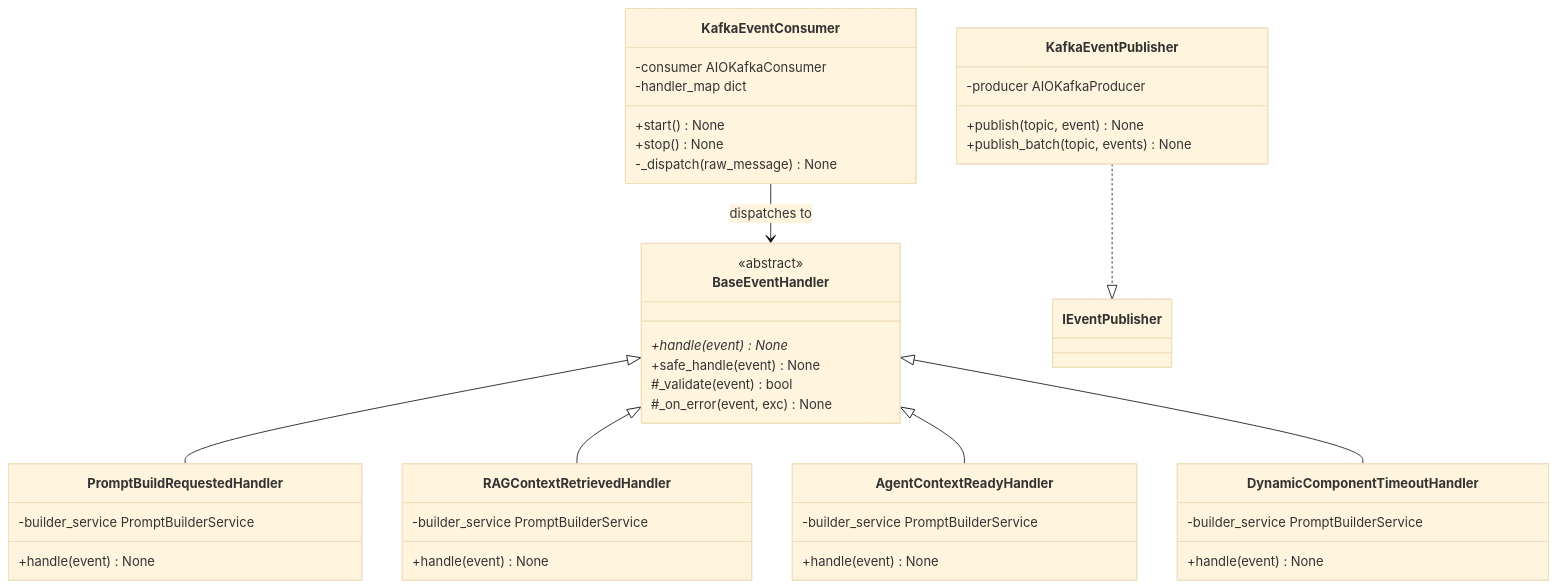
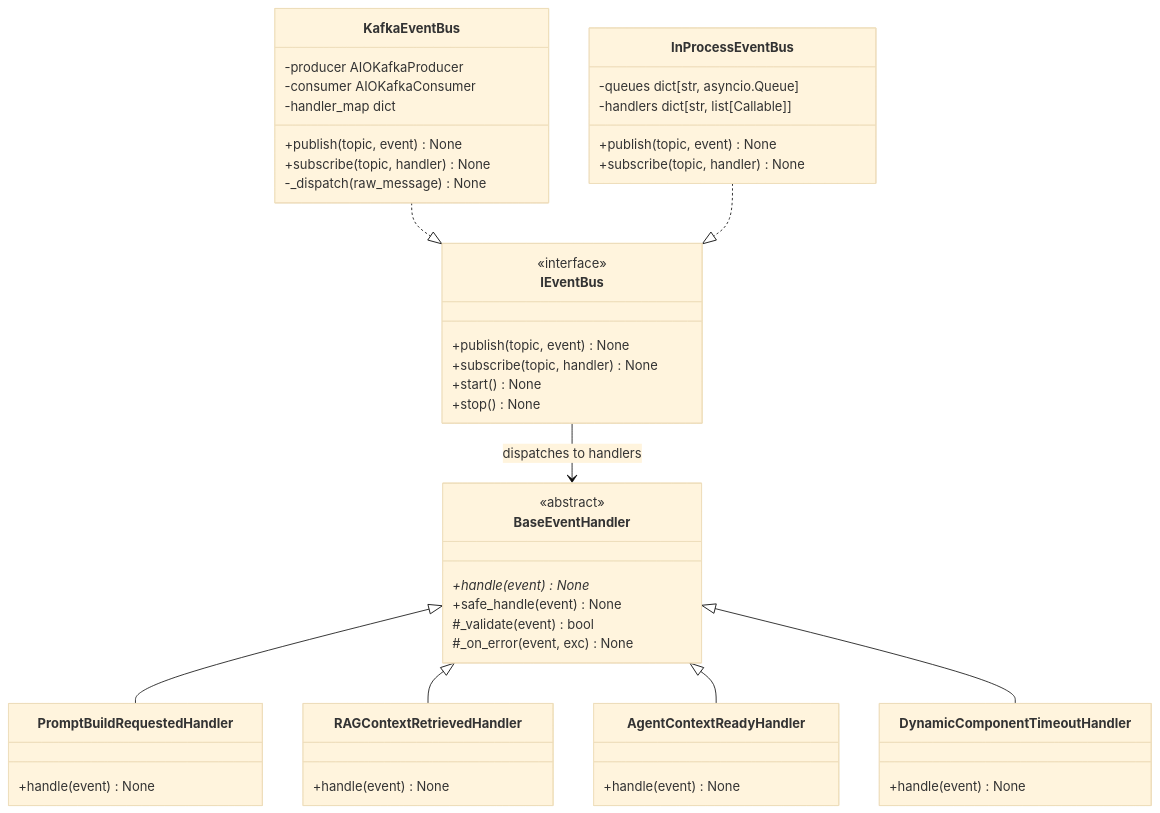
Before and after one commit to Siddharth2908/Prompt_Builder: the fourth of 8 diagrams in AWA_Prompt_Builder_TDD.md, drawn with Mermaid (base theme). The commit also changed other lines of this file, not shown here.

````diff
--- a/AWA_Prompt_Builder_TDD.md
+++ b/AWA_Prompt_Builder_TDD.md
@@ -1299,47 +1703,46 @@
 ```mermaid
 classDiagram
     direction TB
 
     class BaseEventHandler {
         <<abstract>>
         +handle(event) None*
         +safe_handle(event) None
         #_validate(event) bool
         #_on_error(event, exc) None
     }
-    class PromptBuildRequestedHandler {
-        -builder_service PromptBuilderService
-        +handle(event) None
+    class PromptBuildRequestedHandler { +handle(event) None }
+    class RAGContextRetrievedHandler  { +handle(event) None }
+    class AgentContextReadyHandler    { +handle(event) None }
+    class DynamicComponentTimeoutHandler { +handle(event) None }
+
+    class IEventBus {
+        <<interface>>
+        +publish(topic, event) None
+        +subscribe(topic, handler) None
+        +start() None
+        +stop() None
     }
-    class RAGContextRetrievedHandler {
-        -builder_service PromptBuilderService
-        +handle(event) None
-    }
-    class AgentContextReadyHandler {
-        -builder_service PromptBuilderService
-        +handle(event) None
-    }
-    class DynamicComponentTimeoutHandler {
-        -builder_service PromptBuilderService
-        +handle(event) None
-    }
-    class KafkaEventConsumer {
+    class KafkaEventBus {
+        -producer AIOKafkaProducer
         -consumer AIOKafkaConsumer
         -handler_map dict
-        +start() None
-        +stop() None
+        +publish(topic, event) None
+        +subscribe(topic, handler) None
         -_dispatch(raw_message) None
     }
-    class KafkaEventPublisher {
-        -producer AIOKafkaProducer
+    class InProcessEventBus {
+        -queues dict[str, asyncio.Queue]
+        -handlers dict[str, list[Callable]]
         +publish(topic, event) None
-        +publish_batch(topic, events) None
+        +subscribe(topic, handler) None
     }
 
     BaseEventHandler <|-- PromptBuildRequestedHandler
     BaseEventHandler <|-- RAGContextRetrievedHandler
     BaseEventHandler <|-- AgentContextReadyHandler
     BaseEventHandler <|-- DynamicComponentTimeoutHandler
-    KafkaEventConsumer --> BaseEventHandler : dispatches to
-    KafkaEventPublisher ..|> IEventPublisher
+    KafkaEventBus ..|> IEventBus
+    InProcessEventBus ..|> IEventBus
+    IEventBus --> BaseEventHandler : dispatches to handlers
 ```
````
